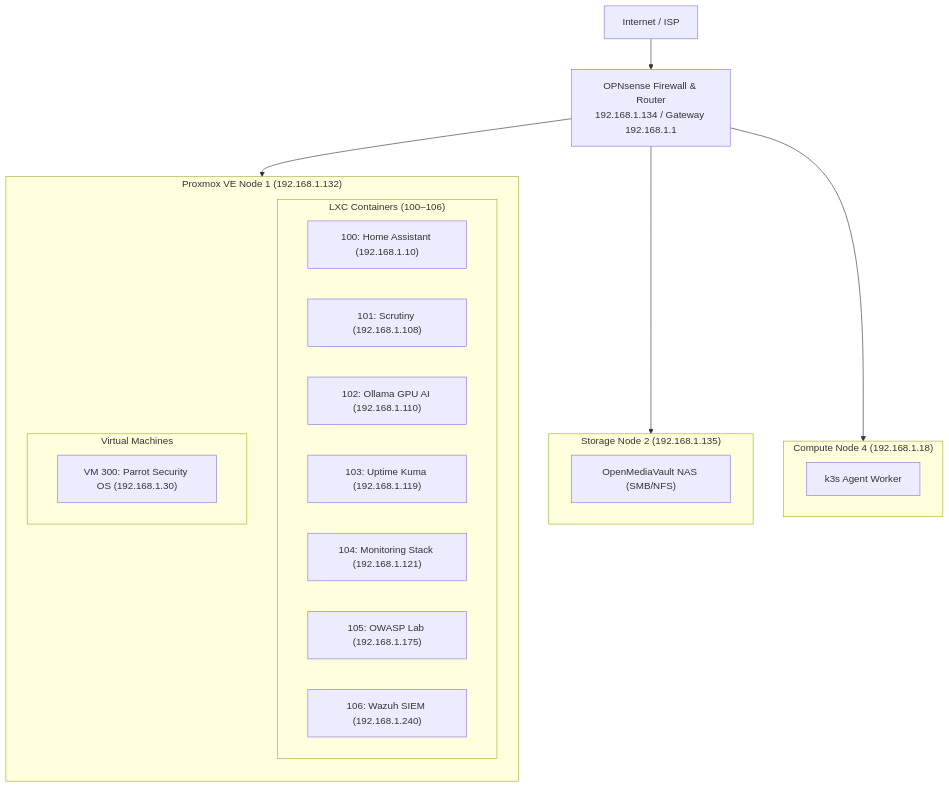
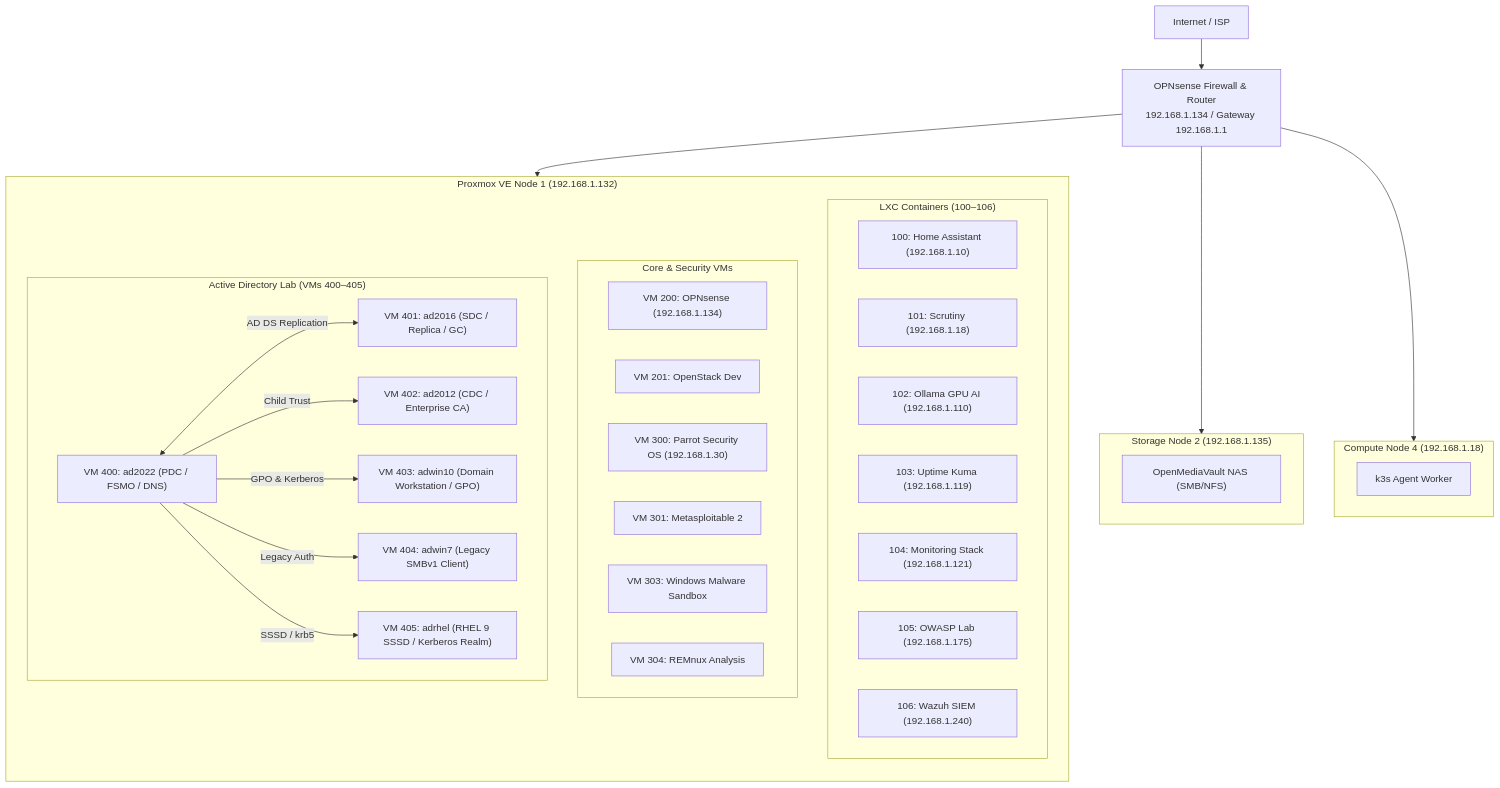
One commit to stefanutc1/infrastructure changed the diagram in README.md. Above: the diagram before and after it, drawn with Mermaid. The commit also changed other lines of this file and 99 other files, not shown here.

Commit message:
refactor: prune legacy folders, sync services/x64 to Proxmox, document AD lab 400-405, integrate chaos into CI

````diff
--- a/README.md
+++ b/README.md
@@ -28,33 +28,53 @@
 ```mermaid
 flowchart TB
     WAN["Internet / ISP"] --> OPN["OPNsense Firewall & Router<br/>192.168.1.134 / Gateway 192.168.1.1"]
 
     subgraph PVE["Proxmox VE Node 1 (192.168.1.132)"]
         direction TB
         subgraph LXC["LXC Containers (100–106)"]
             HA["100: Home Assistant (192.168.1.10)"]
-            SCR["101: Scrutiny (192.168.1.108)"]
+            SCR["101: Scrutiny (192.168.1.18)"]
             OLL["102: Ollama GPU AI (192.168.1.110)"]
             UK["103: Uptime Kuma (192.168.1.119)"]
             MON["104: Monitoring Stack (192.168.1.121)"]
             OWASP["105: OWASP Lab (192.168.1.175)"]
             WAZ["106: Wazuh SIEM (192.168.1.240)"]
         end
 
-        subgraph VMS["Virtual Machines"]
+        subgraph VMS["Core & Security VMs"]
+            OPNVM["VM 200: OPNsense (192.168.1.134)"]
+            OSTACK["VM 201: OpenStack Dev"]
             PARROT["VM 300: Parrot Security OS (192.168.1.30)"]
+            MS2["VM 301: Metasploitable 2"]
+            MALW["VM 303: Windows Malware Sandbox"]
+            REMNUX["VM 304: REMnux Analysis"]
+        end
+
+        subgraph ADLAB["Active Directory Lab (VMs 400–405)"]
+            AD22["VM 400: ad2022 (PDC / FSMO / DNS)"]
+            AD16["VM 401: ad2016 (SDC / Replica / GC)"]
+            AD12["VM 402: ad2012 (CDC / Enterprise CA)"]
+            WIN10["VM 403: adwin10 (Domain Workstation / GPO)"]
+            WIN7["VM 404: adwin7 (Legacy SMBv1 Client)"]
+            RHEL["VM 405: adrhel (RHEL 9 SSSD / Kerberos Realm)"]
+
+            AD22 <-->|AD DS Replication| AD16
+            AD22 -->|Child Trust| AD12
+            AD22 -->|GPO & Kerberos| WIN10
+            AD22 -->|Legacy Auth| WIN7
+            AD22 -->|SSSD / krb5| RHEL
         end
     end
 
     subgraph STORAGE["Storage Node 2 (192.168.1.135)"]
         OMV["OpenMediaVault NAS (SMB/NFS)"]
     end
 
     subgraph K8S["Compute Node 4 (192.168.1.18)"]
         K3S["k3s Agent Worker"]
     end
 
     OPN --> PVE
     OPN --> STORAGE
     OPN --> K8S
 ```
````
